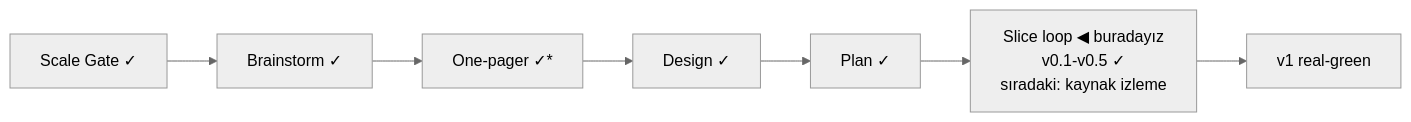
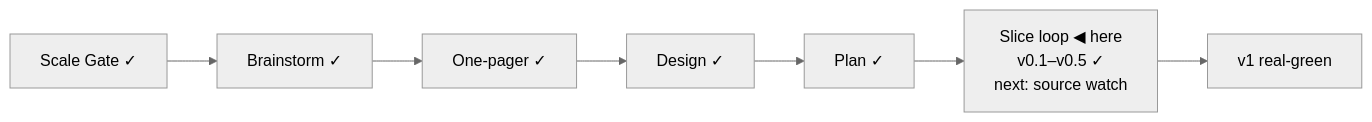
Before and after one commit to OytunOnal/permit-rulebook: the diagram in STATUS.md, drawn with Mermaid (neutral theme). The commit also changed other lines of this file and 4 other files, not shown here.

Commit message:
steward-3 adoption: English ledgers (STATUS/KANBAN/ARCHITECTURE translated), s4 scenario drafted under new rules

````diff
--- a/STATUS.md
+++ b/STATUS.md
@@ -7,6 +7,6 @@
 ```mermaid
 flowchart LR
-    A[Scale Gate ✓] --> B[Brainstorm ✓] --> C[One-pager ✓*] --> D[Design ✓] --> E[Plan ✓]
-    E --> F["Slice loop ◀ buradayız<br/>v0.1-v0.5 ✓<br/>sıradaki: kaynak izleme"]
+    A[Scale Gate ✓] --> B[Brainstorm ✓] --> C[One-pager ✓] --> D[Design ✓] --> E[Plan ✓]
+    E --> F["Slice loop ◀ here<br/>v0.1–v0.5 ✓<br/>next: source watch"]
     F --> G[v1 real-green]
 ```
````
